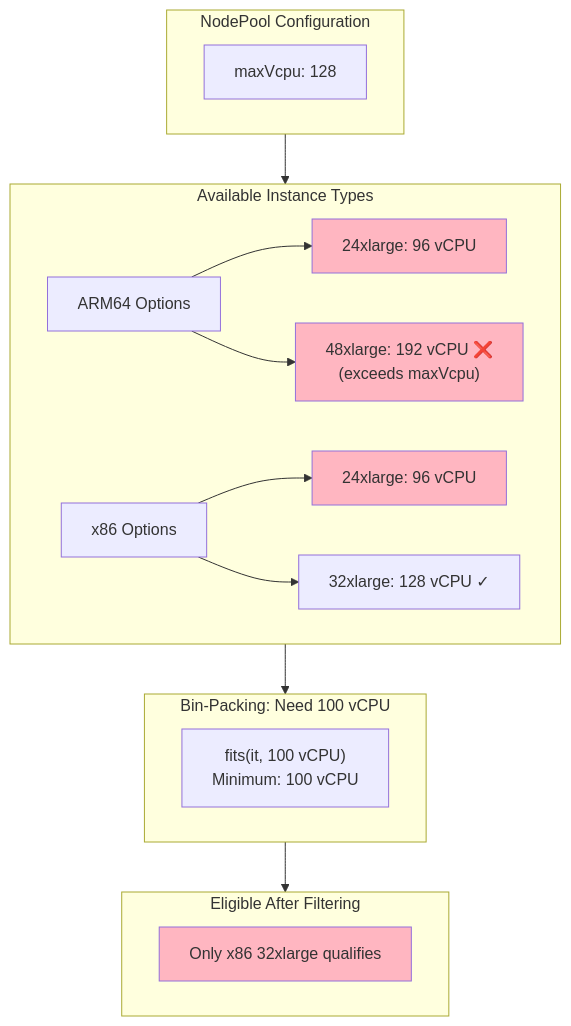
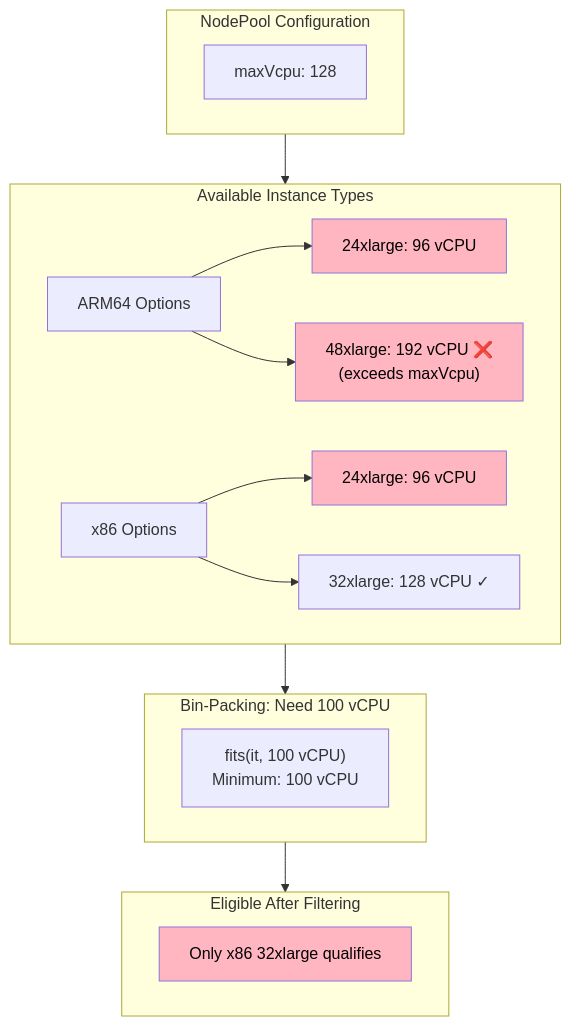
The third of 4 diagrams in docs/karpenter-binpacking-and-nodeoverlay.md (Nextdoor/veneer), drawn with Mermaid before and after one commit. The commit also changed other lines of this file, not shown here.

Commit message:
fix(docs): use black text on pink mermaid backgrounds
Adds color:#000 to all pink fill styles for better readability.

````diff
--- a/docs/karpenter-binpacking-and-nodeoverlay.md
+++ b/docs/karpenter-binpacking-and-nodeoverlay.md
@@ -273,37 +273,37 @@
 ```mermaid
 flowchart TB
     subgraph NodePool["NodePool Configuration"]
         Config["maxVcpu: 128"]
     end
 
     subgraph Available["Available Instance Types"]
         ARM64["ARM64 Options"]
         x86["x86 Options"]
 
         ARM64_24["24xlarge: 96 vCPU"]
         ARM64_48["48xlarge: 192 vCPU ❌<br/>(exceeds maxVcpu)"]
 
         x86_24["24xlarge: 96 vCPU"]
         x86_32["32xlarge: 128 vCPU ✓"]
 
         ARM64 --> ARM64_24 & ARM64_48
         x86 --> x86_24 & x86_32
     end
 
     subgraph BinPack["Bin-Packing: Need 100 vCPU"]
         Need["fits(it, 100 vCPU)<br/>Minimum: 100 vCPU"]
     end
 
     subgraph Result["Eligible After Filtering"]
         Only["Only x86 32xlarge qualifies"]
     end
 
     NodePool --> Available
     Available --> BinPack
     BinPack --> Result
 
-    style ARM64_24 fill:#FFB6C1
-    style ARM64_48 fill:#FFB6C1
-    style x86_24 fill:#FFB6C1
-    style Only fill:#FFB6C1
+    style ARM64_24 fill:#FFB6C1,color:#000
+    style ARM64_48 fill:#FFB6C1,color:#000
+    style x86_24 fill:#FFB6C1,color:#000
+    style Only fill:#FFB6C1,color:#000
 ```
````
